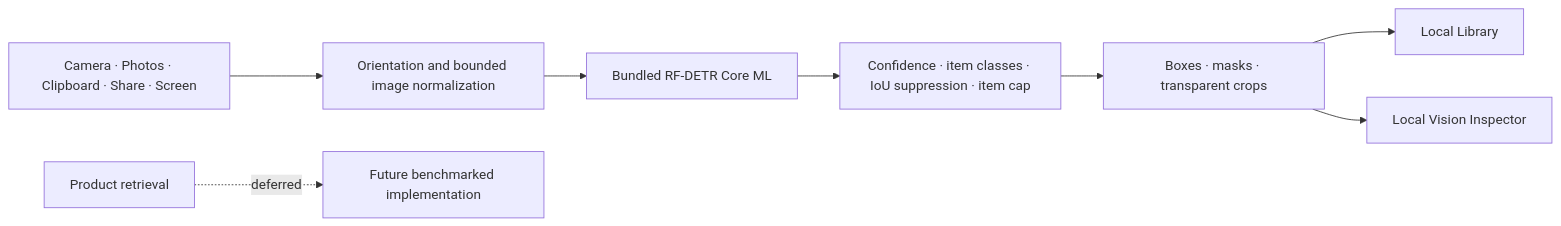
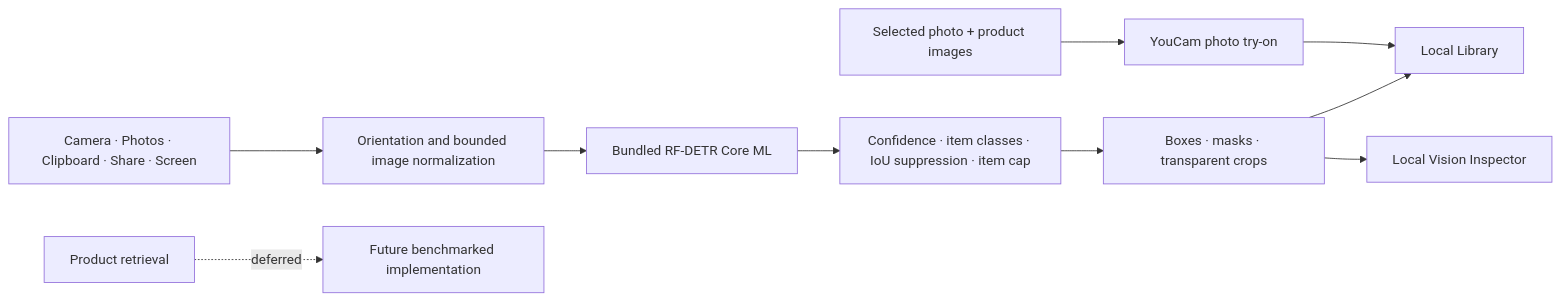
Before and after one commit to meowshmalloww/Stylezam: the diagram in README.md, drawn with Mermaid. The commit also changed other lines of this file and 21 other files, not shown here.

````diff
--- a/README.md
+++ b/README.md
@@ -46,10 +47,12 @@
 ```mermaid
 flowchart LR
     Input["Camera · Photos · Clipboard · Share · Screen"] --> Normalize["Orientation and bounded image normalization"]
     Normalize --> Model["Bundled RF-DETR Core ML"]
     Model --> Select["Confidence · item classes · IoU suppression · item cap"]
     Select --> Masks["Boxes · masks · transparent crops"]
     Masks --> Library["Local Library"]
     Masks --> Inspector["Local Vision Inspector"]
+    TryOn["Selected photo + product images"] --> YouCam["YouCam photo try-on"]
+    YouCam --> Library
     Search["Product retrieval"] -. "deferred" .-> Future["Future benchmarked implementation"]
 ```
````
